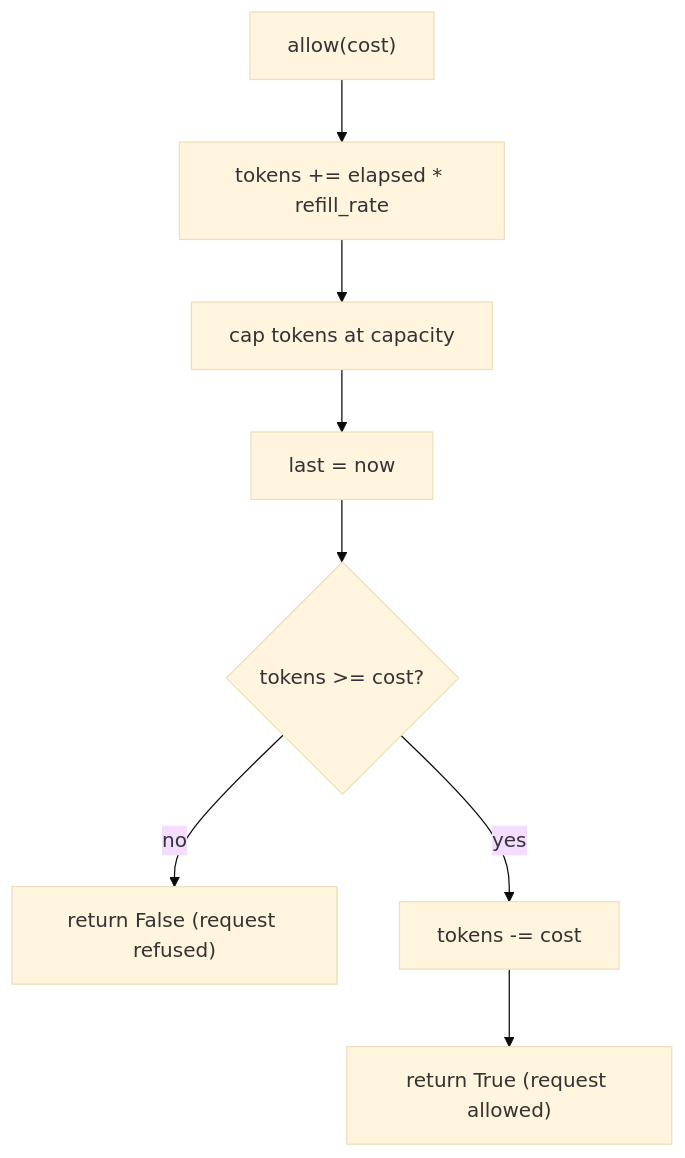
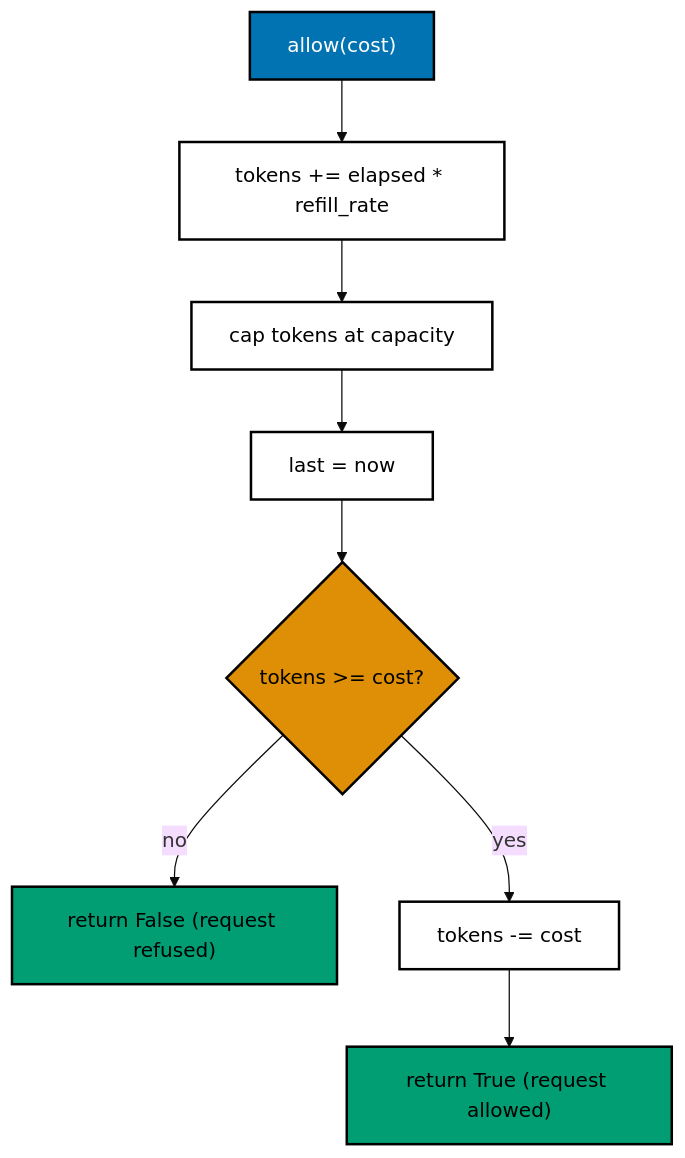
The diagram in drill/system-design-algos/in-python/algo_10_token_bucket.md (wahidyankf/grind-in-public), drawn with Mermaid (base theme) before and after one commit. The commit also changed 22 other files, not shown here.

First line of the commit message:
docs: use accessible palette in mermaid diagrams

````diff
--- a/drill/system-design-algos/in-python/algo_10_token_bucket.md
+++ b/drill/system-design-algos/in-python/algo_10_token_bucket.md
@@ -29,14 +29,21 @@
 ```mermaid
 flowchart TD
   accTitle: Token bucket allow
   accDescr {
     Shows allow adding the refilled tokens, capping them, and taking tokens only when there are enough.
   }
   A["allow(cost)"] --> B["tokens += elapsed * refill_rate"]
   B --> C["cap tokens at capacity"]
   C --> D["last = now"]
   D --> E{"tokens >= cost?"}
   E -->|no| F["return False (request refused)"]
   E -->|yes| G["tokens -= cost"]
   G --> H["return True (request allowed)"]
+  classDef default fill:#FFFFFF,stroke:#000000,color:#000000,stroke-width:2px
+  classDef blue fill:#0173B2,stroke:#000000,color:#FFFFFF,stroke-width:2px
+  classDef orange fill:#DE8F05,stroke:#000000,color:#000000,stroke-width:2px
+  classDef teal fill:#029E73,stroke:#000000,color:#000000,stroke-width:2px
+  class E orange
+  class A blue
+  class F,H teal
 ```
````
